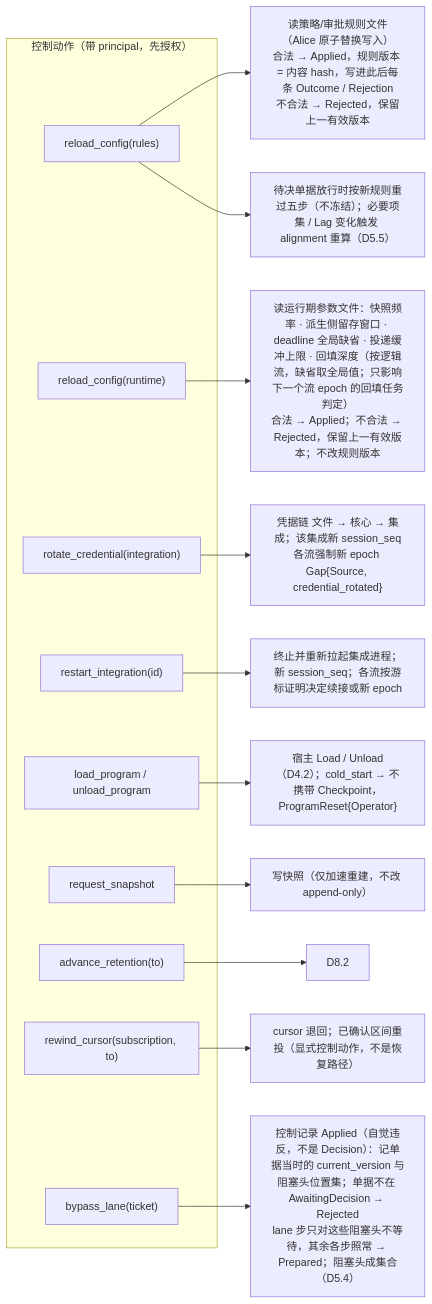
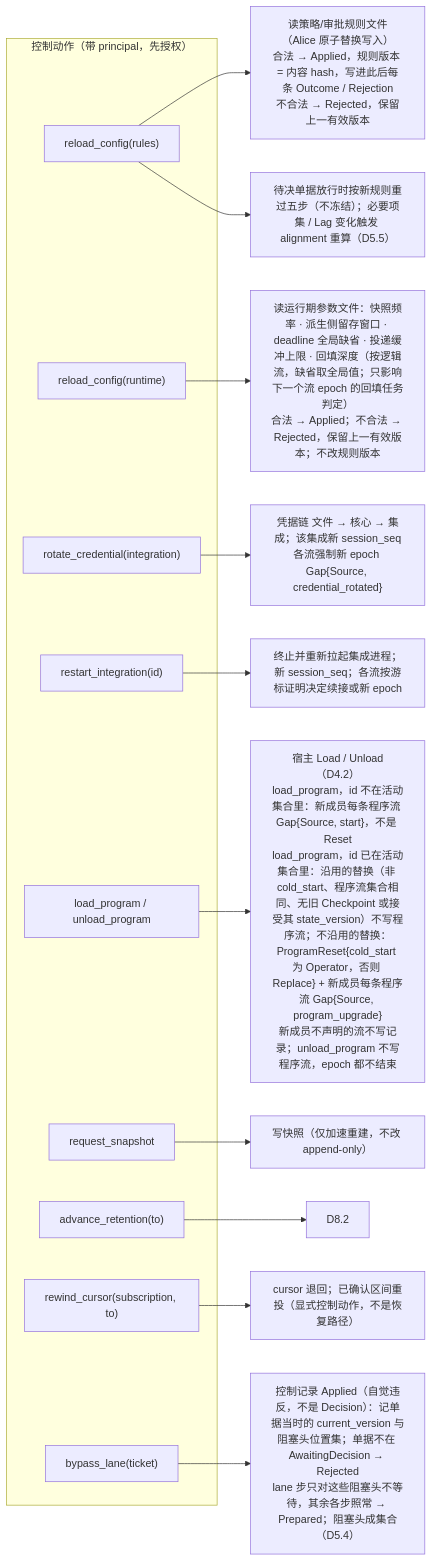
Before and after one commit to mouriya-s-lab/uta: the fourth of 5 diagrams in design/diagrams/09-alice-session.md, drawn with Mermaid. The commit also changed 9 other files, not shown here.

````diff
--- a/design/diagrams/09-alice-session.md
+++ b/design/diagrams/09-alice-session.md
@@ -127,24 +127,24 @@
 ```mermaid
 flowchart LR
   subgraph ACT["控制动作（带 principal，先授权）"]
     A1["reload_config(rules)"]
     A1r["reload_config(runtime)"]
     A2["rotate_credential(integration)"]
     A3["restart_integration(id)"]
     A4["load_program / unload_program"]
     A5["request_snapshot"]
     A6["advance_retention(to)"]
     A7["rewind_cursor(subscription, to)"]
     A8["bypass_lane(ticket)"]
   end
   A1 --> F1["读策略/审批规则文件（Alice 原子替换写入）<br/>合法 → Applied，规则版本 = 内容 hash，写进此后每条 Outcome / Rejection<br/>不合法 → Rejected，保留上一有效版本"]
   A1 --> F1b["待决单据放行时按新规则重过五步（不冻结）；必要项集 / Lag 变化触发 alignment 重算（D5.5）"]
   A1r --> F1c["读运行期参数文件：快照频率 · 派生侧留存窗口 · deadline 全局缺省 · 投递缓冲上限 · 回填深度（按逻辑流，缺省取全局值；只影响下一个流 epoch 的回填任务判定）<br/>合法 → Applied；不合法 → Rejected，保留上一有效版本；不改规则版本"]
   A2 --> F2["凭据链 文件 → 核心 → 集成；该集成新 session_seq<br/>各流强制新 epoch Gap{Source, credential_rotated}"]
   A3 --> F3["终止并重新拉起集成进程；新 session_seq；各流按游标证明决定续接或新 epoch"]
-  A4 --> F4["宿主 Load / Unload（D4.2）；cold_start → 不携带 Checkpoint，ProgramReset{Operator}"]
+  A4 --> F4["宿主 Load / Unload（D4.2）<br/>load_program，id 不在活动集合里：新成员每条程序流 Gap{Source, start}，不是 Reset<br/>load_program，id 已在活动集合里：沿用的替换（非 cold_start、程序流集合相同、无旧 Checkpoint 或接受其 state_version）不写程序流；不沿用的替换：ProgramReset{cold_start 为 Operator，否则 Replace} + 新成员每条程序流 Gap{Source, program_upgrade}<br/>新成员不声明的流不写记录；unload_program 不写程序流，epoch 都不结束"]
   A5 --> F5["写快照（仅加速重建，不改 append-only）"]
   A6 --> F6["D8.2"]
   A7 --> F7["cursor 退回；已确认区间重投（显式控制动作，不是恢复路径）"]
   A8 --> F8["控制记录 Applied（自觉违反，不是 Decision）：记单据当时的 current_version 与阻塞头位置集；单据不在 AwaitingDecision → Rejected<br/>lane 步只对这些阻塞头不等待，其余各步照常 → Prepared；阻塞头成集合（D5.4）"]
 ```
````
